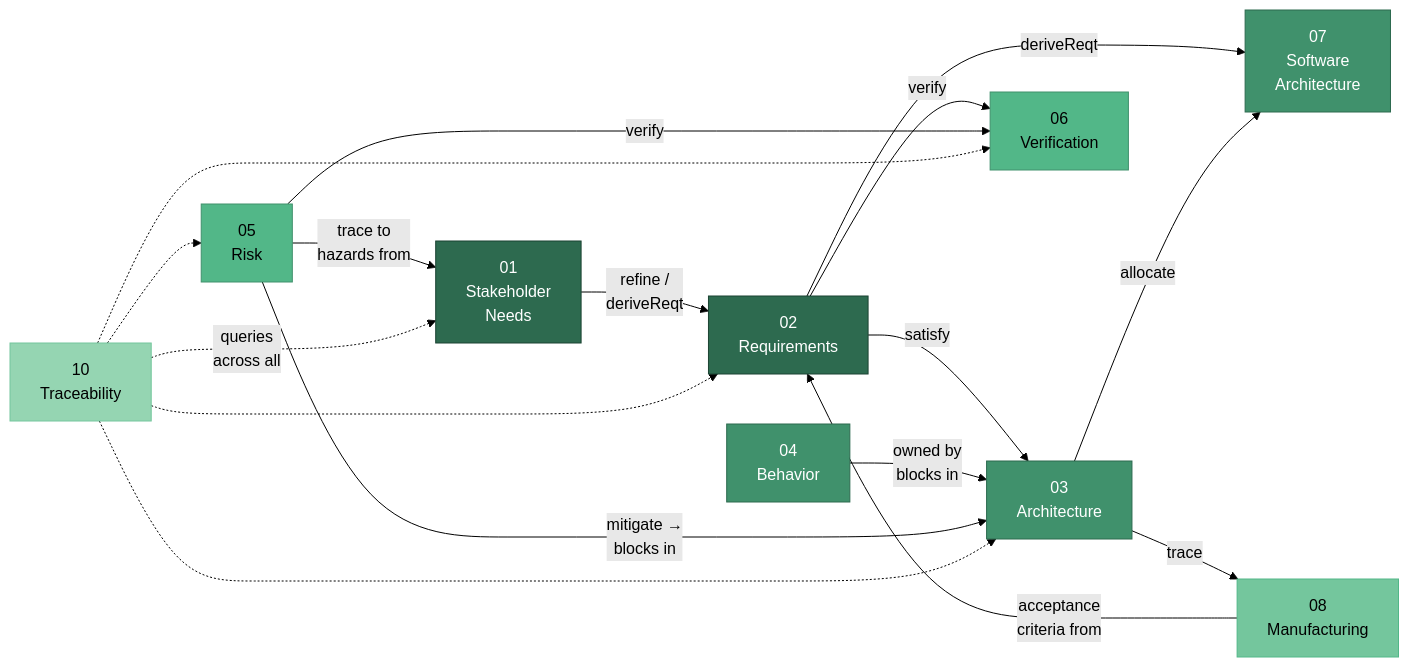
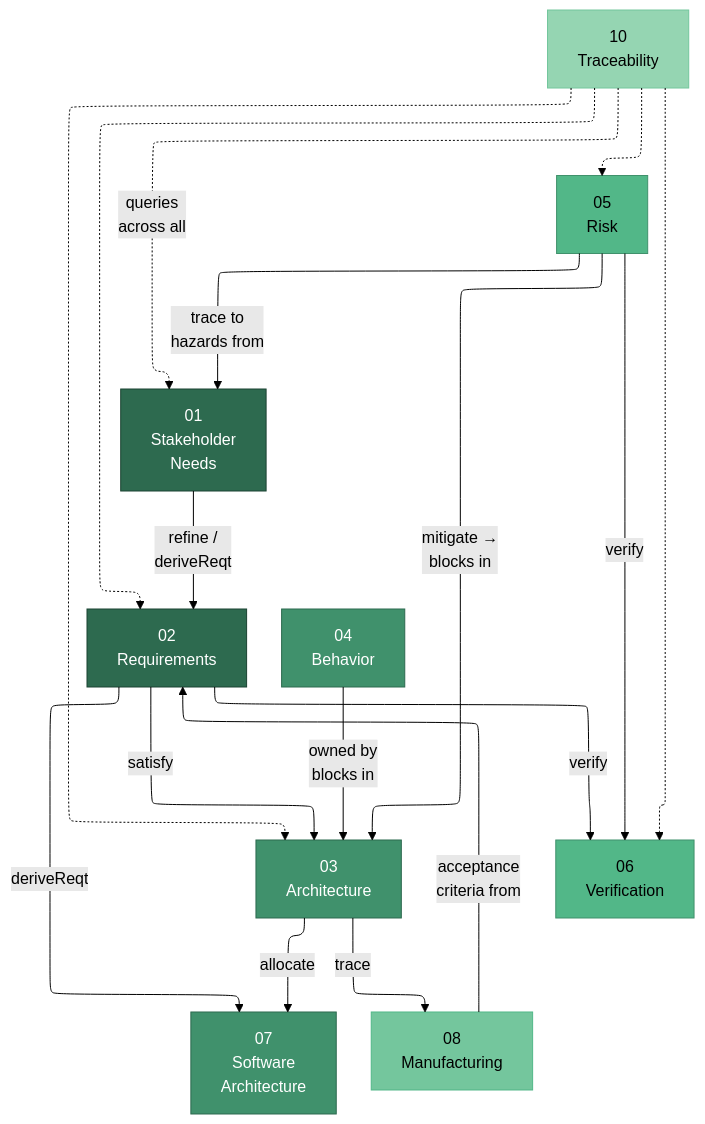
The fifth of 12 diagrams in 00 master outline mbse framework.md (llaallii/cuddly-barnacle), drawn with Mermaid (forest theme) before and after one commit. The commit also changed other lines of this file, not shown here.

First line of the commit message:
Refactor mermaid diagrams for clarity and layout

````diff
--- a/00 master outline mbse framework.md
+++ b/00 master outline mbse framework.md
@@ -234,29 +234,30 @@
 ```mermaid
-graph LR
-    P01["01<br/>Stakeholder<br/>Needs"] -->|"refine /<br/>deriveReqt"| P02["02<br/>Requirements"]
-    P02 -->|"satisfy"| P03["03<br/>Architecture"]
-    P02 -->|"verify"| P06["06<br/>Verification"]
-    P02 -->|"deriveReqt"| P07["07<br/>Software<br/>Architecture"]
-    P03 -->|"allocate"| P07
-    P03 -->|"trace"| P08["08<br/>Manufacturing"]
-    P04["04<br/>Behavior"] -->|"owned by<br/>blocks in"| P03
-    P05["05<br/>Risk"] -->|"mitigate →<br/>blocks in"| P03
-    P05 -->|"verify"| P06
-    P05 -->|"trace to<br/>hazards from"| P01
-    P08 -->|"acceptance<br/>criteria from"| P02
-    P10["10<br/>Traceability"] -.->|"queries<br/>across all"| P01
-    P10 -.-> P02
-    P10 -.-> P03
-    P10 -.-> P05
-    P10 -.-> P06
+---
+config:
+  layout: elk
+---
+flowchart TB
+    P01["01<br>Stakeholder<br>Needs"] -- refine /<br>deriveReqt --> P02["02<br>Requirements"]
+    P02 -- satisfy --> P03["03<br>Architecture"]
+    P02 -- verify --> P06["06<br>Verification"]
+    P02 -- deriveReqt --> P07["07<br>Software<br>Architecture"]
+    P03 -- allocate --> P07
+    P03 -- trace --> P08["08<br>Manufacturing"]
+    P04["04<br>Behavior"] -- owned by<br>blocks in --> P03
+    P05["05<br>Risk"] -- mitigate →<br>blocks in --> P03
+    P05 -- verify --> P06
+    P05 -- trace to<br>hazards from --> P01
+    P08 -- acceptance<br>criteria from --> P02
+    P10["10<br>Traceability"] -. queries<br>across all .-> P01
+    P10 -.-> P02 & P03 & P05 & P06
 
     style P01 fill:#2d6a4f,stroke:#1b4332,color:#fff
     style P02 fill:#2d6a4f,stroke:#1b4332,color:#fff
     style P03 fill:#40916c,stroke:#2d6a4f,color:#fff
-    style P04 fill:#40916c,stroke:#2d6a4f,color:#fff
-    style P05 fill:#52b788,stroke:#40916c,color:#000
     style P06 fill:#52b788,stroke:#40916c,color:#000
     style P07 fill:#40916c,stroke:#2d6a4f,color:#fff
     style P08 fill:#74c69d,stroke:#52b788,color:#000
+    style P04 fill:#40916c,stroke:#2d6a4f,color:#fff
+    style P05 fill:#52b788,stroke:#40916c,color:#000
     style P10 fill:#95d5b2,stroke:#74c69d,color:#000
 ```
````
